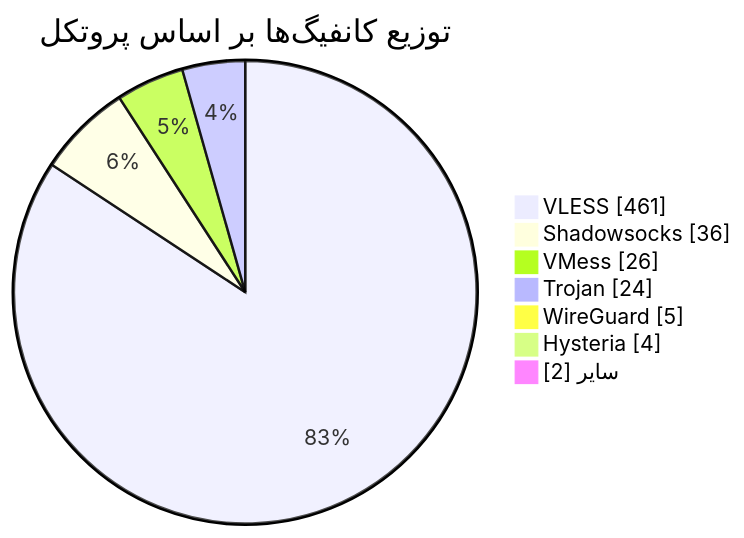
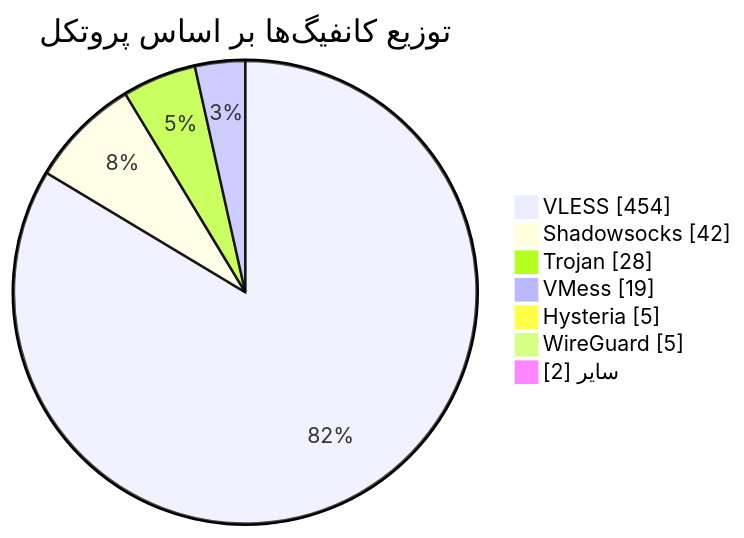
The diagram in README.md (Arian-Alijani/Somthing), drawn with Mermaid before and after one commit. The commit also changed other lines of this file and 93 other files, not shown here.

````diff
--- a/README.md
+++ b/README.md
@@ -49,11 +49,11 @@
 ```mermaid
 pie showData
     title توزیع کانفیگ‌ها بر اساس پروتکل
-    "VLESS" : 461
-    "Shadowsocks" : 36
-    "VMess" : 26
-    "Trojan" : 24
+    "VLESS" : 454
+    "Shadowsocks" : 42
+    "Trojan" : 28
+    "VMess" : 19
+    "Hysteria" : 5
     "WireGuard" : 5
-    "Hysteria" : 4
     "سایر" : 2
 ```
````
